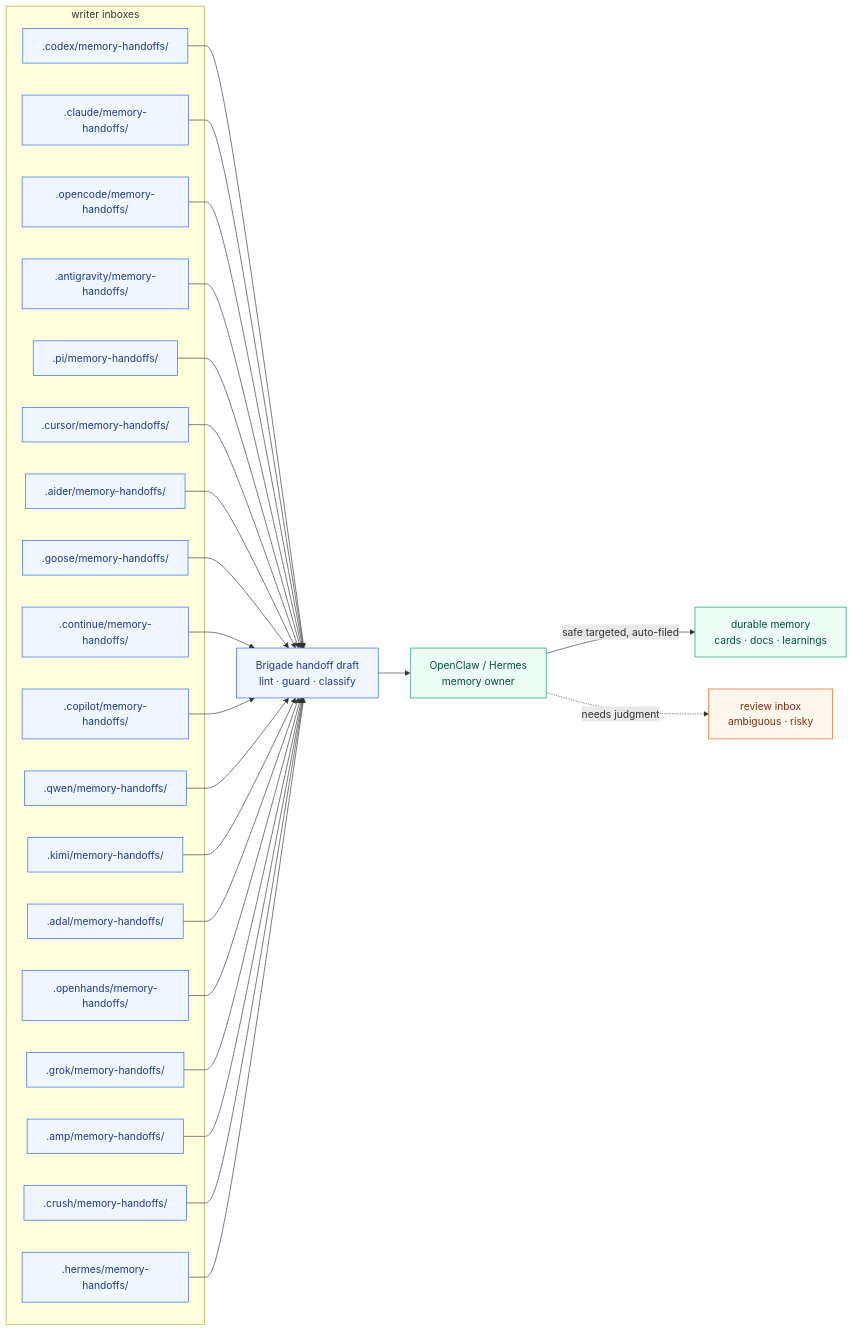
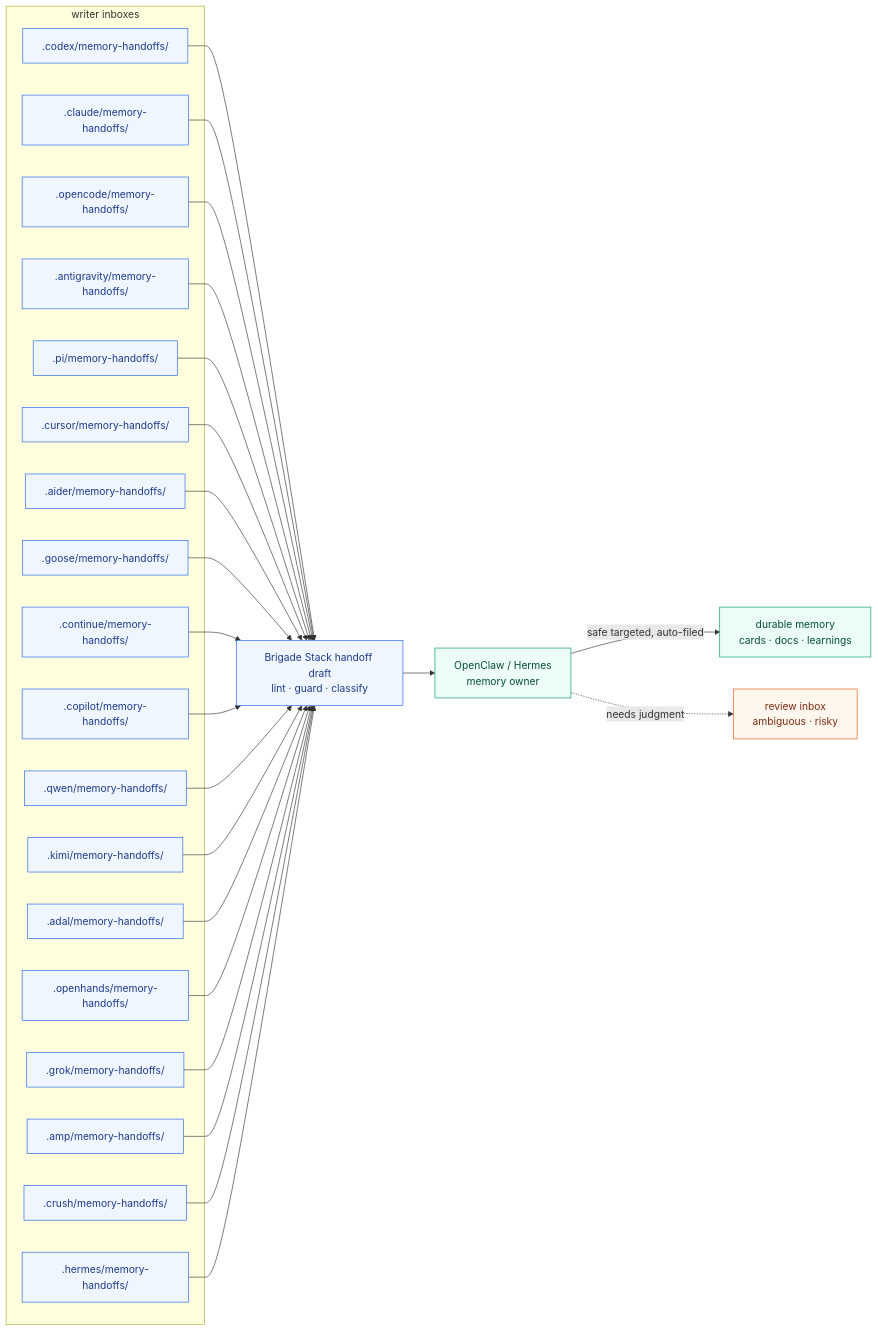
One commit to escoffier-labs/brigade changed the first of 12 diagrams in docs/overview.md. Above: the diagram before and after it, drawn with Mermaid. The commit also changed other lines of this file and 16 other files, not shown here.

Commit message:
feat(cli): adopt Brigade Stack terminology and neutral starter seats

````diff
--- a/docs/overview.md
+++ b/docs/overview.md
@@ -180,39 +180,39 @@
 ```mermaid
 flowchart LR
     subgraph WRITERS [" writer inboxes "]
         C[".codex/memory-handoffs/"]
         CL[".claude/memory-handoffs/"]
         O[".opencode/memory-handoffs/"]
         A[".antigravity/memory-handoffs/"]
         P[".pi/memory-handoffs/"]
         CU[".cursor/memory-handoffs/"]
         AI[".aider/memory-handoffs/"]
         G[".goose/memory-handoffs/"]
         CO[".continue/memory-handoffs/"]
         GH[".copilot/memory-handoffs/"]
         Q[".qwen/memory-handoffs/"]
         K[".kimi/memory-handoffs/"]
         AD[".adal/memory-handoffs/"]
         OH[".openhands/memory-handoffs/"]
         GR[".grok/memory-handoffs/"]
         AM[".amp/memory-handoffs/"]
         CR[".crush/memory-handoffs/"]
         H[".hermes/memory-handoffs/"]
     end
 
-    DRAFT["Brigade handoff draft<br/>lint · guard · classify"]
+    DRAFT["Brigade Stack handoff draft<br/>lint · guard · classify"]
     OWNER["OpenClaw / Hermes<br/>memory owner"]
     MEM["durable memory<br/>cards · docs · learnings"]
     INBOX["review inbox<br/>ambiguous · risky"]
 
     C & CL & O & A & P & CU & AI & G & CO & GH & Q & K & AD & OH & GR & AM & CR & H --> DRAFT --> OWNER
     OWNER -->|safe targeted, auto-filed| MEM
     OWNER -.->|needs judgment| INBOX
 
     classDef local fill:#eff6ff,stroke:#2563eb,color:#1e3a8a;
     classDef review fill:#fff7ed,stroke:#ea580c,color:#7c2d12;
     classDef memory fill:#ecfdf5,stroke:#059669,color:#064e3b;
     class C,CL,O,A,P,CU,AI,G,CO,GH,Q,K,AD,OH,GR,AM,CR,H,DRAFT local;
     class INBOX review;
     class OWNER,MEM memory;
 ```
````
